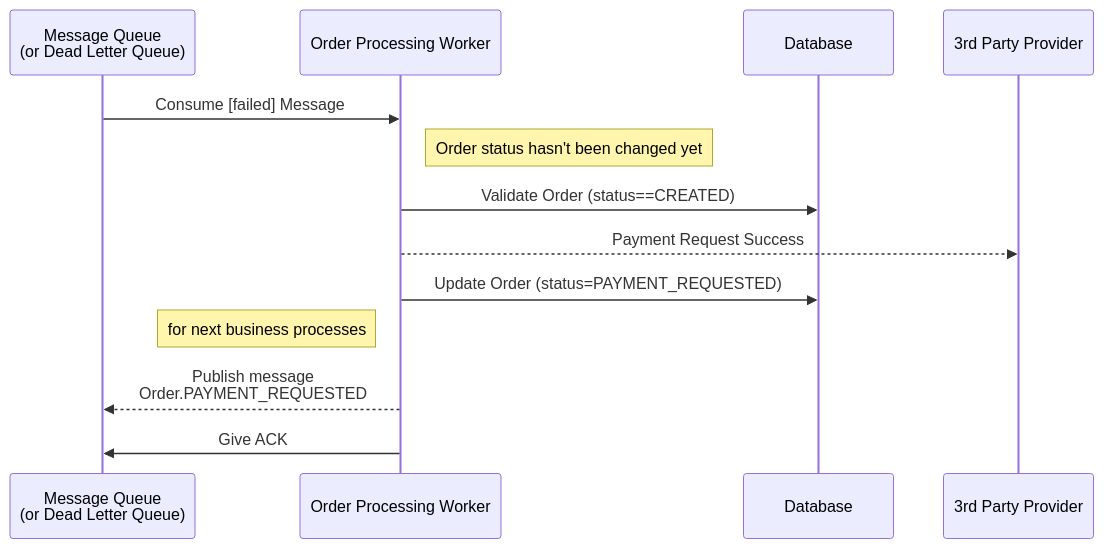
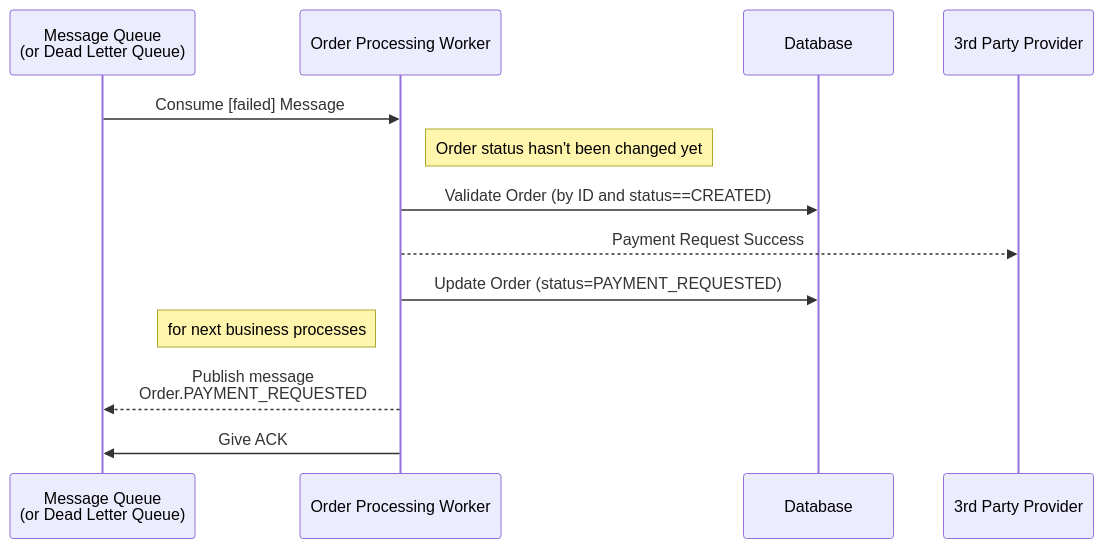
Before and after one commit to zhorifiandi/zhorifiandi.github.io: the second of 4 diagrams in _posts/2025-01-02-reliable-messaging-workers-rule-of-thumbs.md, drawn with Mermaid. The commit also changed other lines of this file and 1 other file, not shown here.

```diff
--- a/_posts/2025-01-02-reliable-messaging-workers-rule-of-thumbs.md
+++ b/_posts/2025-01-02-reliable-messaging-workers-rule-of-thumbs.md
@@ -97,16 +96,16 @@
 <pre class="mermaid">
 sequenceDiagram
     participant Queue as Message Queue<br/>(or Dead Letter Queue)
     participant Worker as Order Processing Worker
     participant DB as Database
     participant TPS as 3rd Party Provider
 
     Queue->>Worker: Consume [failed] Message
     Note right of Worker: Order status hasn't been changed yet
-    Worker->>DB: Validate Order (status==CREATED)
+    Worker->>DB: Validate Order (by ID and status==CREATED)
     Worker-->>TPS: Payment Request Success
     Worker->>DB: Update Order (status=PAYMENT_REQUESTED)
     Note left of Worker: for next business processes
     Worker-->>Queue: Publish message<br/>Order.PAYMENT_REQUESTED
     Worker->>Queue: Give ACK
 </pre>
```
